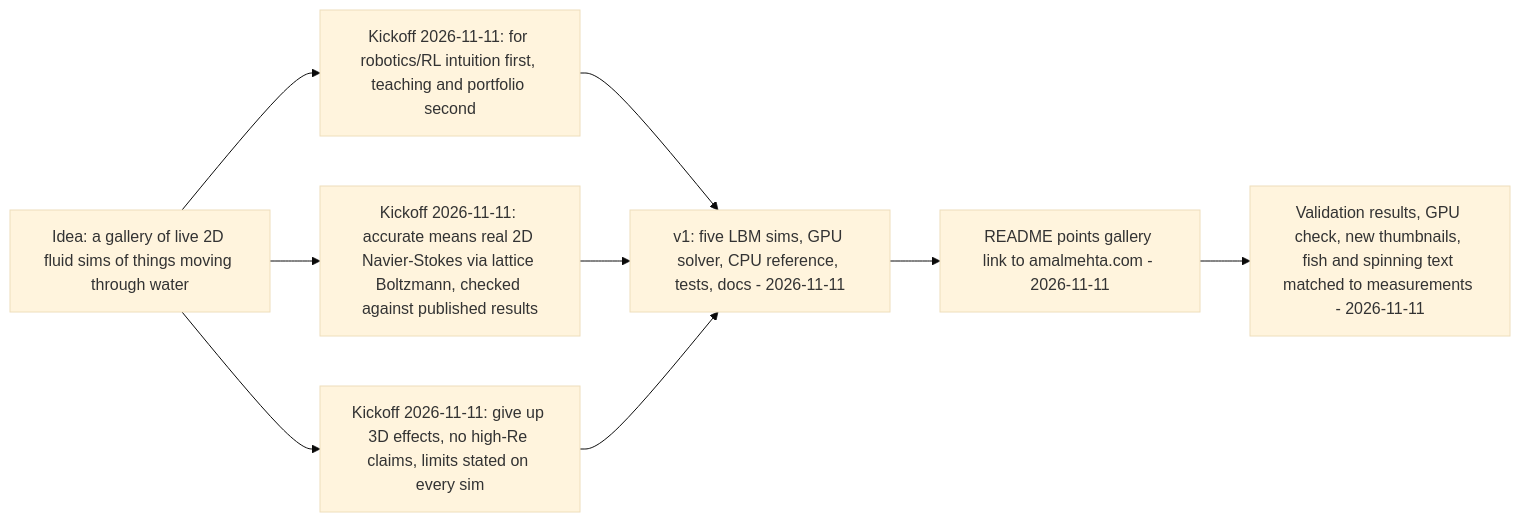
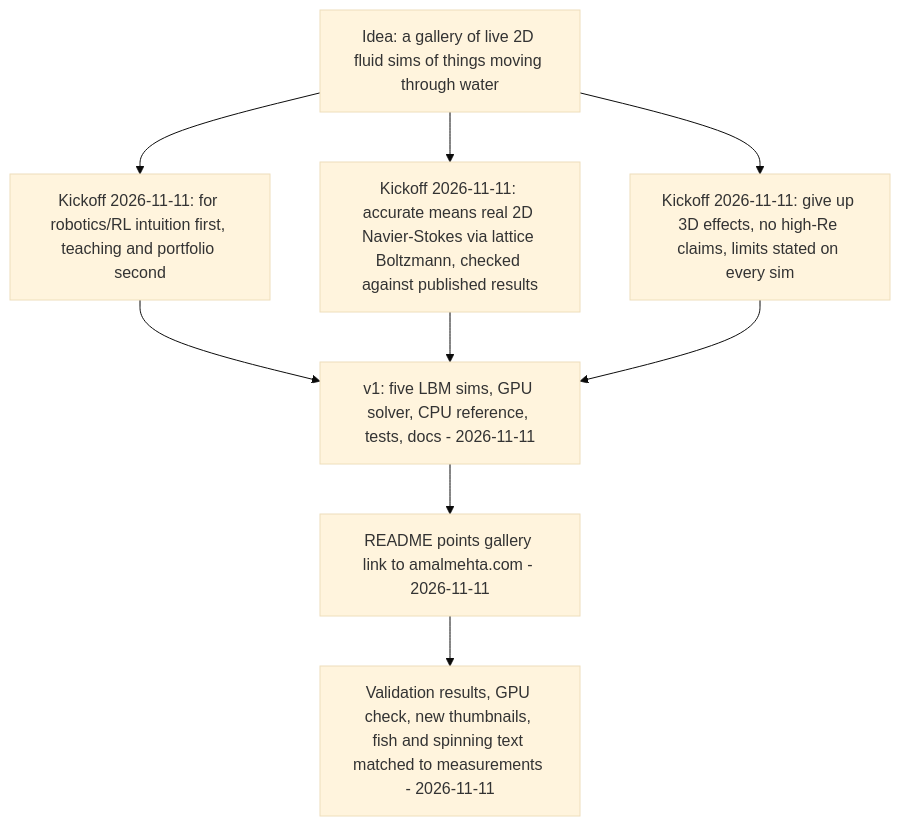
Before and after one commit to amalmehta/FluidGallery: the first of 3 diagrams in docs/HOW-IT-WAS-BUILT.md, drawn with Mermaid (base theme).

Commit message:
Draw the build history top to bottom so it stays readable

````diff
--- a/docs/HOW-IT-WAS-BUILT.md
+++ b/docs/HOW-IT-WAS-BUILT.md
@@ -8,18 +8,18 @@
 ```mermaid
-flowchart LR
+flowchart TD
   I["Idea: a gallery of live 2D fluid sims of things moving through water"]
   K1["Kickoff 2026-11-11: for robotics/RL intuition first, teaching and portfolio second"]
   K2["Kickoff 2026-11-11: accurate means real 2D Navier-Stokes via lattice Boltzmann, checked against published results"]
   K3["Kickoff 2026-11-11: give up 3D effects, no high-Re claims, limits stated on every sim"]
   M1["v1: five LBM sims, GPU solver, CPU reference, tests, docs - 2026-11-11"]
   M2["README points gallery link to amalmehta.com - 2026-11-11"]
   M3["Validation results, GPU check, new thumbnails, fish and spinning text matched to measurements - 2026-11-11"]
   I --> K1
   I --> K2
   I --> K3
   K1 --> M1
   K2 --> M1
   K3 --> M1
   M1 --> M2
   M2 --> M3
 ```
````
